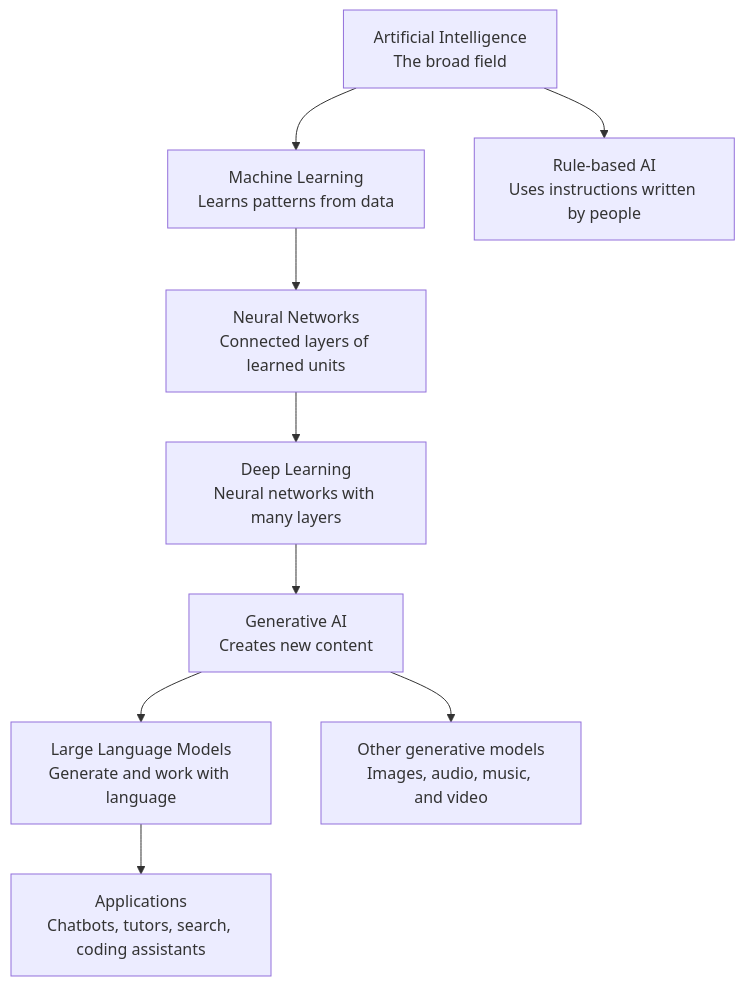
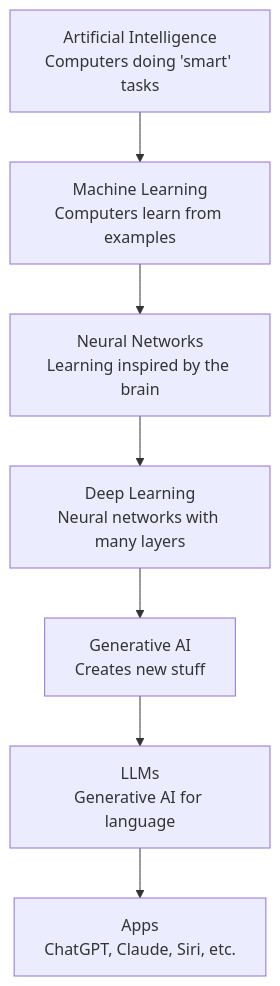
The first of 11 diagrams in course1/week1-llm-foundations.md (DevBuildStudio/mastering-ai-course), drawn with Mermaid before and after one commit. The commit also changed other lines of this file and 2 other files, not shown here.

````diff
--- a/course1/week1-llm-foundations.md
+++ b/course1/week1-llm-foundations.md
@@ -16,12 +14,9 @@
 ```mermaid
 flowchart TD
-    AI["Artificial Intelligence<br/>The broad field"] --> ML["Machine Learning<br/>Learns patterns from data"]
-    ML --> NN["Neural Networks<br/>Connected layers of learned units"]
+    AI["Artificial Intelligence<br/>Computers doing 'smart' tasks"] --> ML["Machine Learning<br/>Computers learn from examples"]
+    ML --> NN["Neural Networks<br/>Learning inspired by the brain"]
     NN --> DL["Deep Learning<br/>Neural networks with many layers"]
-    DL --> GEN["Generative AI<br/>Creates new content"]
-    GEN --> LLM["Large Language Models<br/>Generate and work with language"]
-    LLM --> APP["Applications<br/>Chatbots, tutors, search, coding assistants"]
-
-    AI --> RULES["Rule-based AI<br/>Uses instructions written by people"]
-    GEN --> MEDIA["Other generative models<br/>Images, audio, music, and video"]
+    DL --> GEN["Generative AI<br/>Creates new stuff"]
+    GEN --> LLM["LLMs<br/>Generative AI for language"]
+    LLM --> APP["Apps<br/>ChatGPT, Claude, Siri, etc."]
 ```
````
